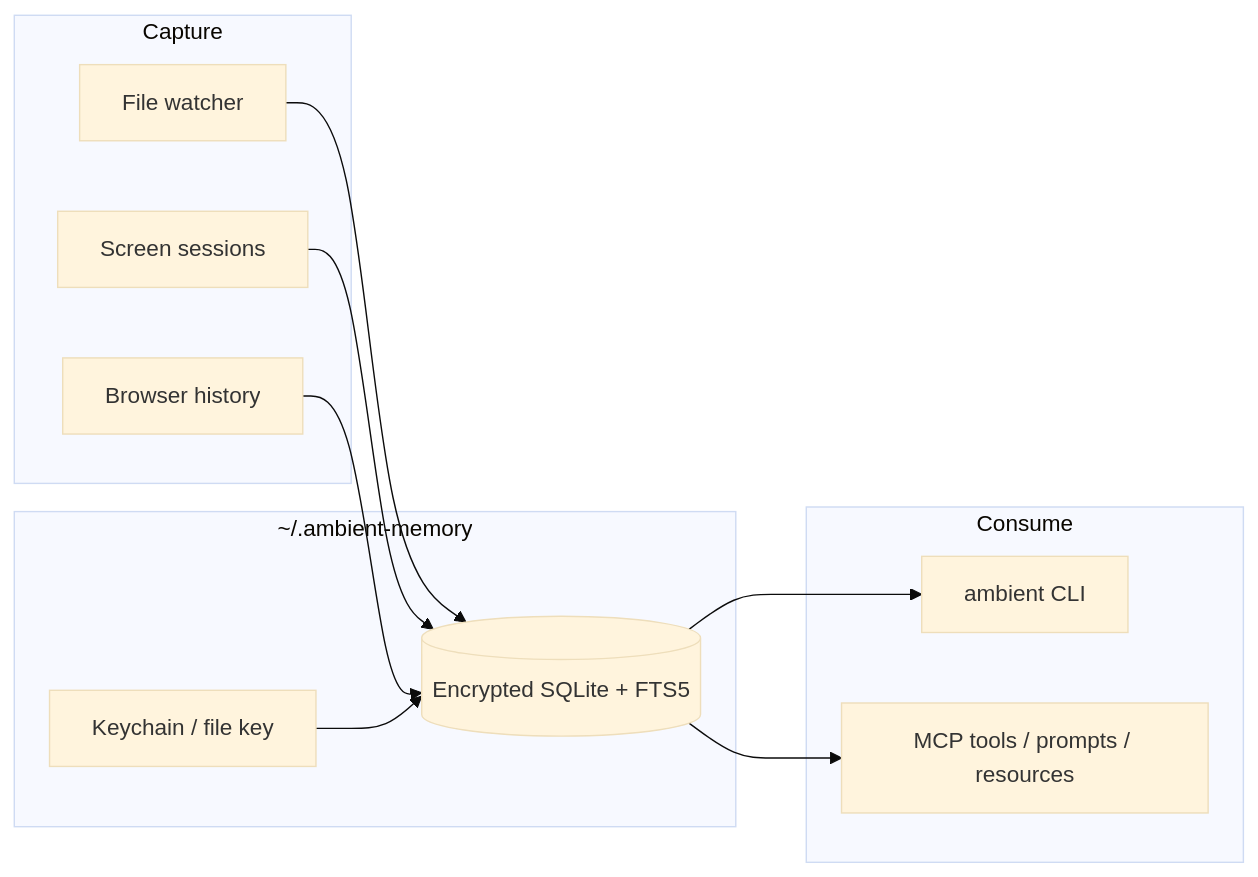
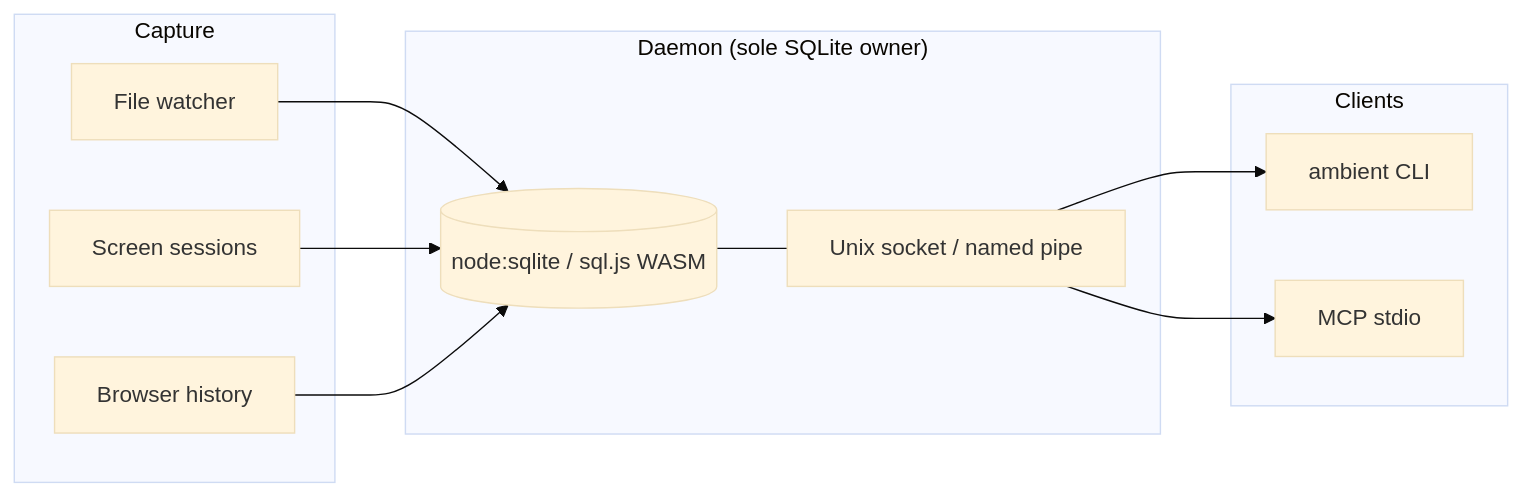
One commit to JarvisOsorio/ambient-memory changed the diagram in README.md. Above: the diagram before and after it, drawn with Mermaid (base theme). The commit also changed other lines of this file and 3 other files, not shown here.

````diff
--- a/README.md
+++ b/README.md
@@ -7,22 +13,22 @@
 ```mermaid
 flowchart LR
   subgraph Capture
     W[File watcher]
     S[Screen sessions]
     B[Browser history]
   end
-  subgraph Vault["~/.ambient-memory"]
-    K[Keychain / file key]
-    DB[(Encrypted SQLite + FTS5)]
+  subgraph Daemon["Daemon (sole SQLite owner)"]
+    DB[(node:sqlite / sql.js WASM)]
+    IPC[Unix socket / named pipe]
   end
-  subgraph Consume
+  subgraph Clients
     CLI[ambient CLI]
-    MCP[MCP tools / prompts / resources]
+    MCP[MCP stdio]
   end
   W --> DB
   S --> DB
   B --> DB
-  K --> DB
-  DB --> CLI
-  DB --> MCP
+  DB --- IPC
+  IPC --> CLI
+  IPC --> MCP
 ```
````
